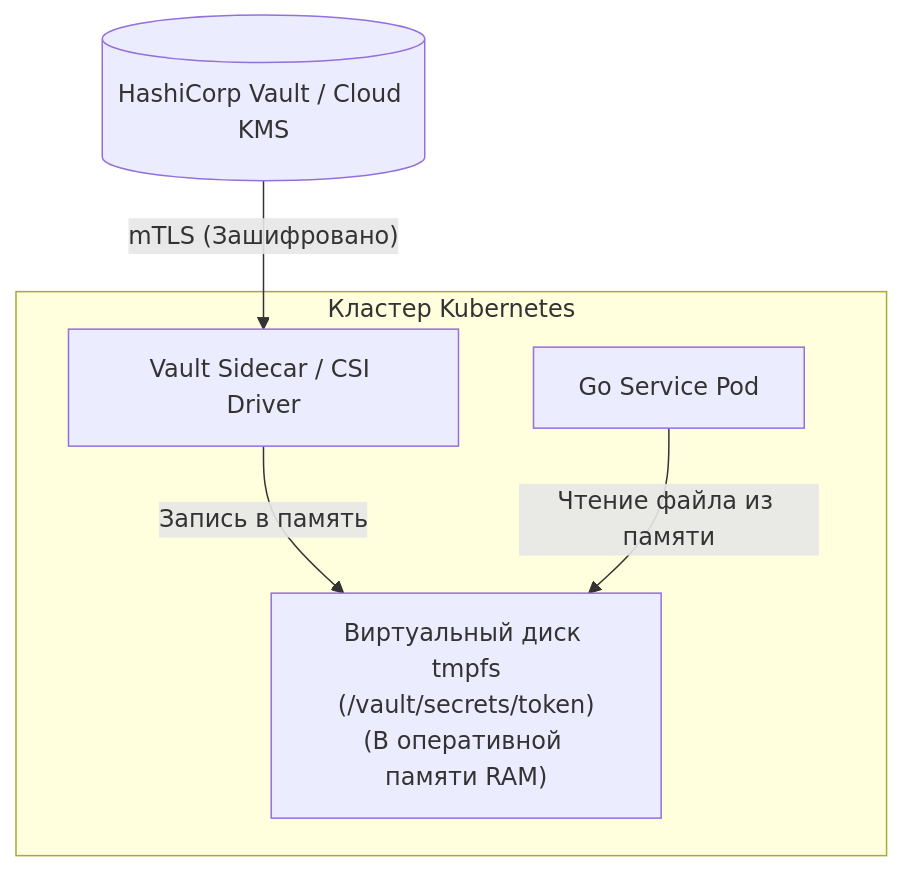
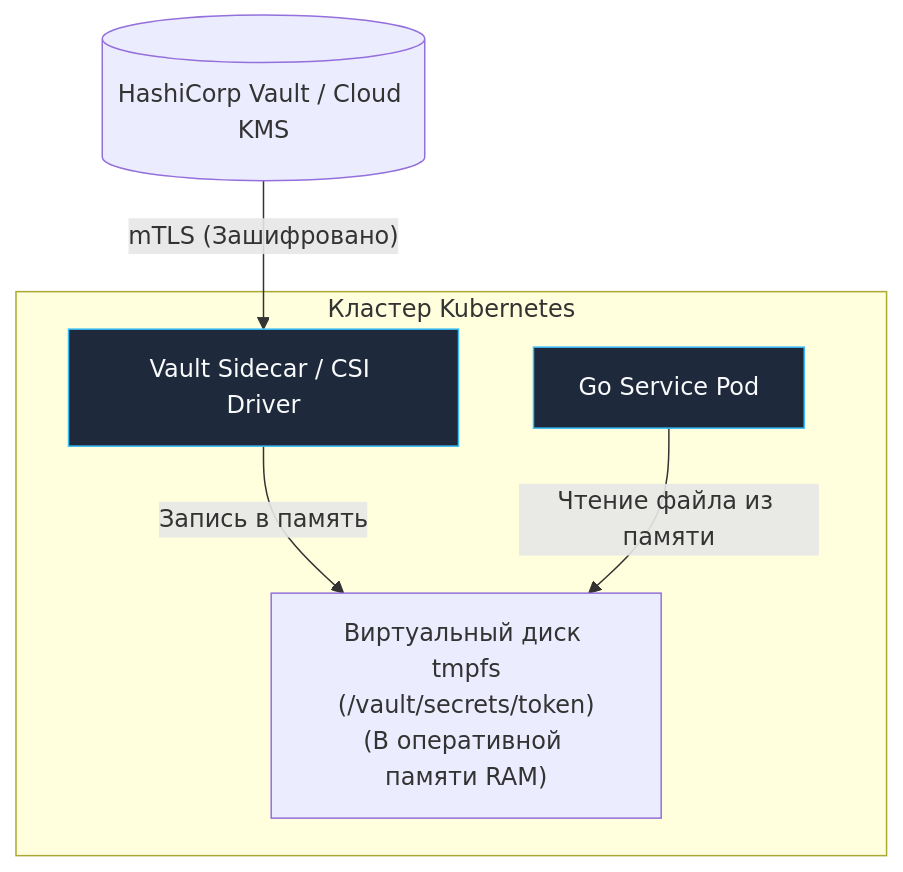
One commit to UnrealTemplier/go-textbook changed the second of 3 diagrams in sources/14. Распределенные системы на Go/04. Микросервисы/10. Secrets management.md. Above: the diagram before and after it, drawn with Mermaid. The commit also changed other lines of this file and 1666 other files, not shown here.

First line of the commit message:
feat(mermaid): add semantic color classDef to 1369 colorless flowchart/graph diagrams

````diff
--- a/sources/14. Распределенные системы на Go/04. Микросервисы/10. Secrets management.md
+++ b/sources/14. Распределенные системы на Go/04. Микросервисы/10. Secrets management.md
@@ -57,12 +57,22 @@
 ```mermaid
 flowchart TD
+    classDef process  fill:#1e293b,stroke:#38bdf8,stroke-width:1px,color:#f8fafc
+    classDef success  fill:#064e3b,stroke:#34d399,stroke-width:1px,color:#f8fafc
+    classDef error    fill:#7f1d1d,stroke:#f87171,stroke-width:1px,color:#f8fafc
+    classDef warning  fill:#78350f,stroke:#fbbf24,stroke-width:1px,color:#f8fafc
+    classDef entry    fill:#1e3a5f,stroke:#38bdf8,stroke-width:2px,color:#f8fafc
+    classDef aux      fill:#334155,stroke:#64748b,stroke-width:1px,color:#f8fafc
+    classDef system   fill:#312e81,stroke:#a78bfa,stroke-width:1px,color:#f8fafc
+    classDef data     fill:#132d29,stroke:#2dd4bf,stroke-width:1px,color:#f8fafc
+    classDef network  fill:#881337,stroke:#fb7185,stroke-width:1px,color:#f8fafc
+    classDef accent   fill:#1e1b4b,stroke:#818cf8,stroke-width:1px,color:#f8fafc
     subgraph K8s["Кластер Kubernetes"]
-        VaultAgent["Vault Sidecar / CSI Driver"]
+        VaultAgent["Vault Sidecar / CSI Driver"]:::process
         Tmpfs["Виртуальный диск tmpfs<br/>(/vault/secrets/token)<br/>(В оперативной памяти RAM)"]
-        GoApp["Go Service Pod"]
+        GoApp["Go Service Pod"]:::process
     end
 
     ExternalVault[("HashiCorp Vault / Cloud KMS")] -->|"mTLS (Зашифровано)"| VaultAgent
     VaultAgent -->|"Запись в память"| Tmpfs
     GoApp -->|"Чтение файла из памяти"| Tmpfs
 ```
````
